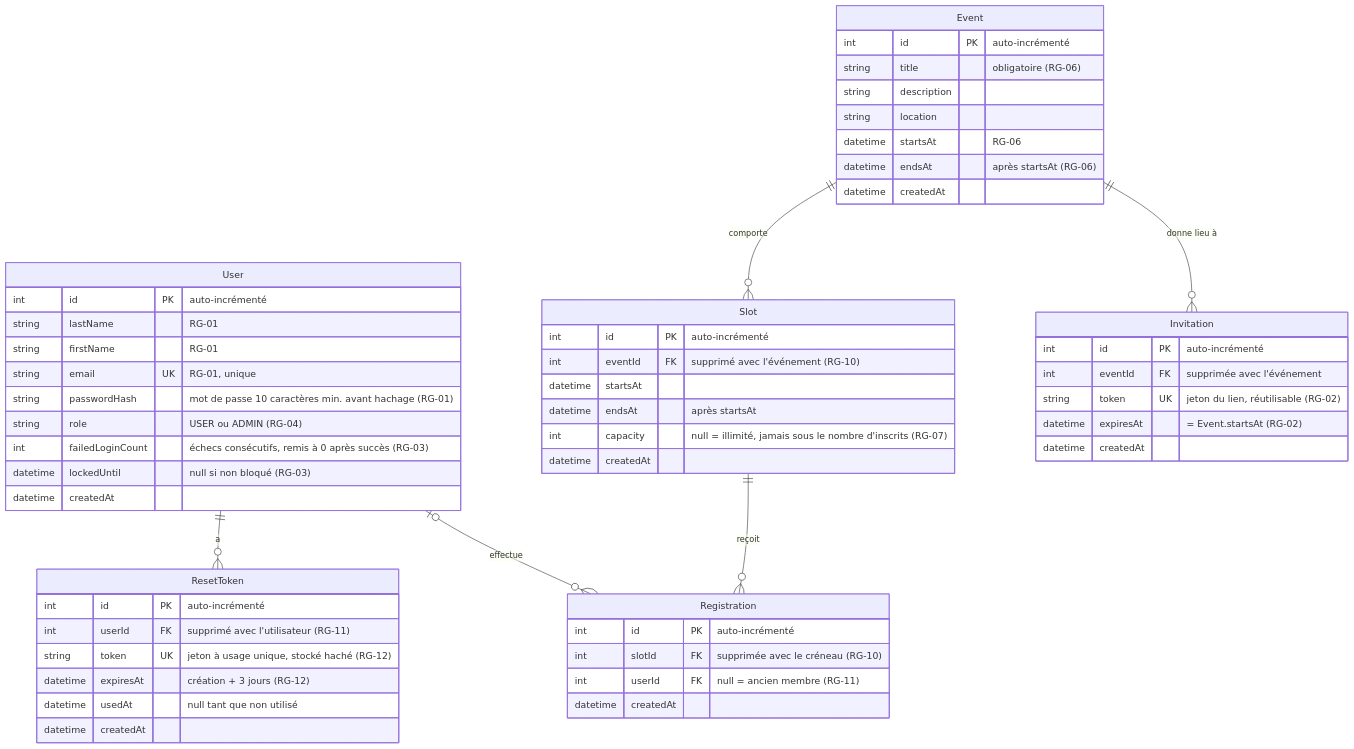
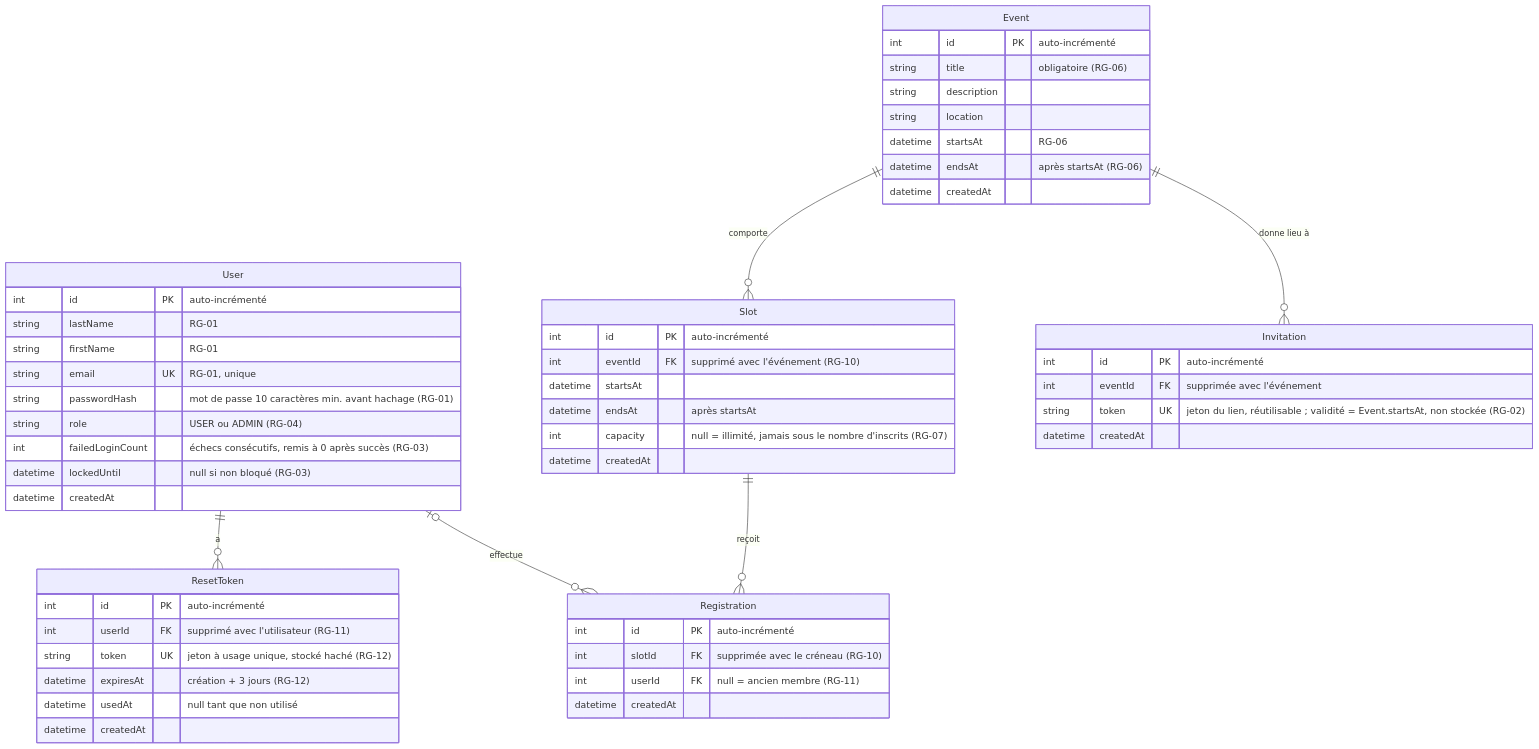
The diagram in docs/domain/erd.mmd (nathanjouannon/Creno), drawn with Mermaid before and after one commit. The commit also changed 3 other files, not shown here.

Commit message:
docs(domain): add schema.sql and review buisnessRules

```diff
--- a/docs/domain/erd.mmd
+++ b/docs/domain/erd.mmd
@@ -1,74 +1,73 @@
 %% Modèle de données de Créno (MLD simplifié). Noms de code : voir glossary.md.
 %% Légende : PK = clé primaire, FK = clé étrangère, UK = unique. Cardinalités : || un et un seul, o| zéro ou un, o{ zéro ou plusieurs, |{ un ou plusieurs.
 %% États temporels (upcoming, ongoing, past, started), remainingPlaces, full et empty sont calculés, jamais stockés.
 %% Identifiants : entiers auto-incrémentés (identity). Les jetons des invitations et réinitialisations sont des chaînes aléatoires à part, jamais des ID.
 %% Une instance = une association : pas d'entité Club (PRD section 6).
 erDiagram
     User ||--o{ ResetToken : "a"
     User |o--o{ Registration : "effectue"
     Event ||--o{ Slot : "comporte"
     Event ||--o{ Invitation : "donne lieu à"
     Slot ||--o{ Registration : "reçoit"
 
     User {
         int id PK "auto-incrémenté"
         string lastName "RG-01"
         string firstName "RG-01"
         string email UK "RG-01, unique"
         string passwordHash "mot de passe 10 caractères min. avant hachage (RG-01)"
         string role "USER ou ADMIN (RG-04)"
         int failedLoginCount "échecs consécutifs, remis à 0 après succès (RG-03)"
         datetime lockedUntil "null si non bloqué (RG-03)"
         datetime createdAt
     }
 
     ResetToken {
         int id PK "auto-incrémenté"
         int userId FK "supprimé avec l'utilisateur (RG-11)"
         string token UK "jeton à usage unique, stocké haché (RG-12)"
         datetime expiresAt "création + 3 jours (RG-12)"
         datetime usedAt "null tant que non utilisé"
         datetime createdAt
     }
 
     Event {
         int id PK "auto-incrémenté"
         string title "obligatoire (RG-06)"
         string description
         string location
         datetime startsAt "RG-06"
         datetime endsAt "après startsAt (RG-06)"
         datetime createdAt
     }
 
     Slot {
         int id PK "auto-incrémenté"
         int eventId FK "supprimé avec l'événement (RG-10)"
         datetime startsAt
         datetime endsAt "après startsAt"
         int capacity "null = illimité, jamais sous le nombre d'inscrits (RG-07)"
         datetime createdAt
     }
 
     Registration {
         int id PK "auto-incrémenté"
         int slotId FK "supprimée avec le créneau (RG-10)"
         int userId FK "null = ancien membre (RG-11)"
         datetime createdAt
     }
 
     Invitation {
         int id PK "auto-incrémenté"
         int eventId FK "supprimée avec l'événement"
-        string token UK "jeton du lien, réutilisable (RG-02)"
-        datetime expiresAt "= Event.startsAt (RG-02)"
+        string token UK "jeton du lien, réutilisable ; validité = Event.startsAt, non stockée (RG-02)"
         datetime createdAt
     }
 
     %% Contraintes non exprimables dans le diagramme :
     %% - Registration : unique (slotId, userId) lorsque userId n'est pas null (RG-08).
     %% - Registration.userId : ON DELETE SET NULL ; les inscriptions futures de l'utilisateur sont supprimées avant, les passées conservées (RG-11).
     %% - Suppression de compte : la ligne User est supprimée en entier, ce qui efface nom, prénom et e-mail (RG-11).
     %% - Slot : capacity >= 1 si renseignée ; endsAt > startsAt. Event : endsAt > startsAt (RG-06).
     %% - Au moins un User avec role = ADMIN en permanence (RG-04), vérifié par le service, pas par le schéma.
     %% - Les relations vers Event et Slot sont en ON DELETE CASCADE (RG-10).
```
